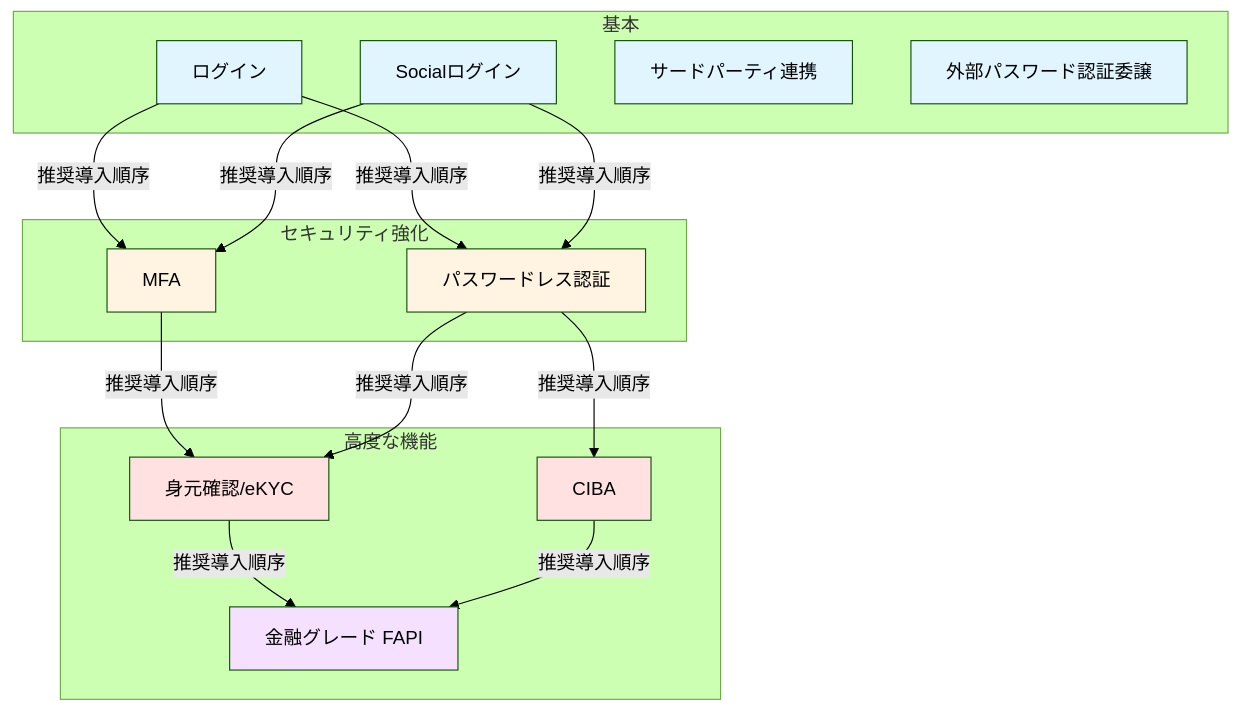
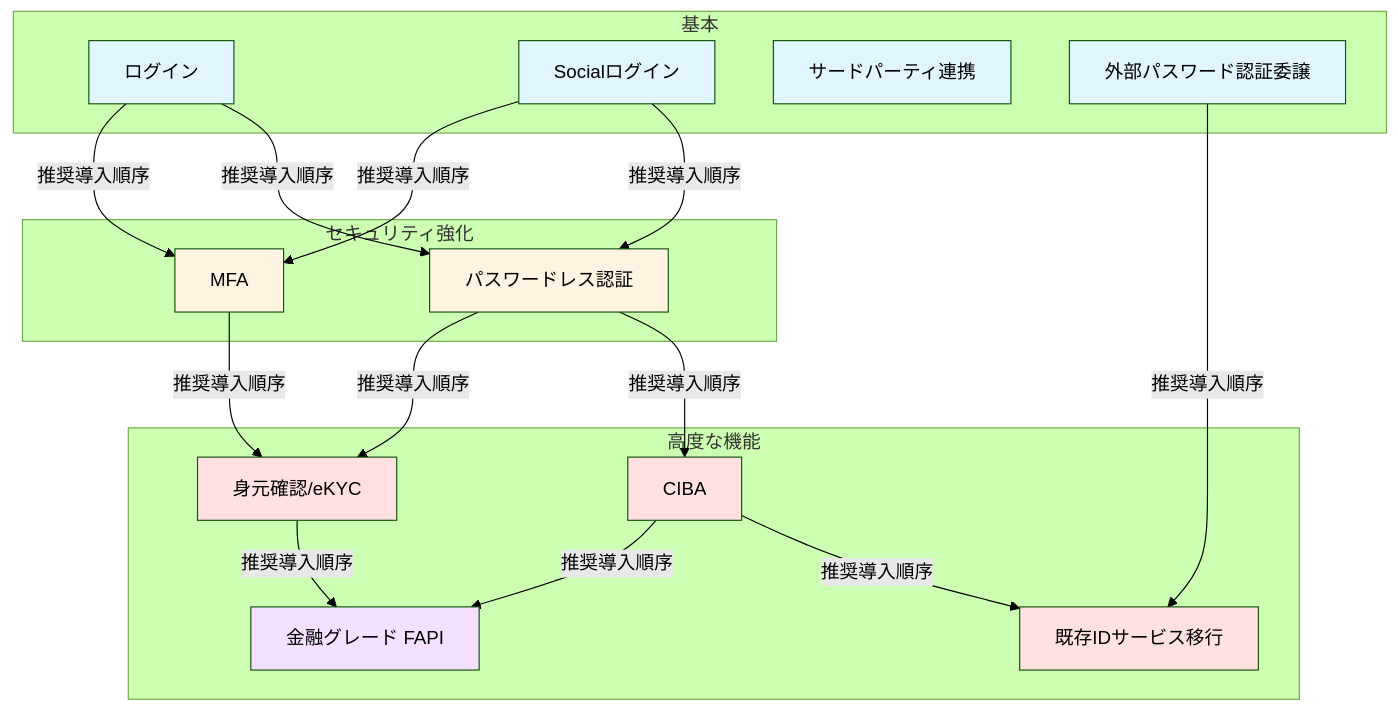
One commit to hirokazu-kobayashi-koba-hiro/idp-server changed the diagram in documentation/docs/content_02_quickstart/quickstart-03-common-use-cases.md. Above: the diagram before and after it, drawn with Mermaid (forest theme). The commit also changed other lines of this file and 16 other files, not shown here.

````diff
--- a/documentation/docs/content_02_quickstart/quickstart-03-common-use-cases.md
+++ b/documentation/docs/content_02_quickstart/quickstart-03-common-use-cases.md
@@ -11,40 +11,44 @@
 ```mermaid
 graph TB
     subgraph 基本
         A[ログイン]
         A2[Socialログイン]
         E[サードパーティ連携]
         F[外部パスワード認証委譲]
     end
 
     subgraph セキュリティ強化
         B[MFA]
         C[パスワードレス認証]
     end
 
     subgraph 高度な機能
         D[身元確認/eKYC]
         G[CIBA]
         H[金融グレード FAPI]
+        I[既存IDサービス移行]
     end
 
     A -->|推奨導入順序| B
     A -->|推奨導入順序| C
     A2 -->|推奨導入順序| B
     A2 -->|推奨導入順序| C
     B -->|推奨導入順序| D
     C -->|推奨導入順序| D
     C -->|推奨導入順序| G
     D -->|推奨導入順序| H
     G -->|推奨導入順序| H
+    F -->|推奨導入順序| I
+    G -->|推奨導入順序| I
 
     style A fill:#e1f5ff
     style A2 fill:#e1f5ff
     style E fill:#e1f5ff
     style B fill:#fff4e1
     style C fill:#fff4e1
     style F fill:#e1f5ff
     style D fill:#ffe1e1
     style G fill:#ffe1e1
     style H fill:#f5e1ff
+    style I fill:#ffe1e1
 ```
````
